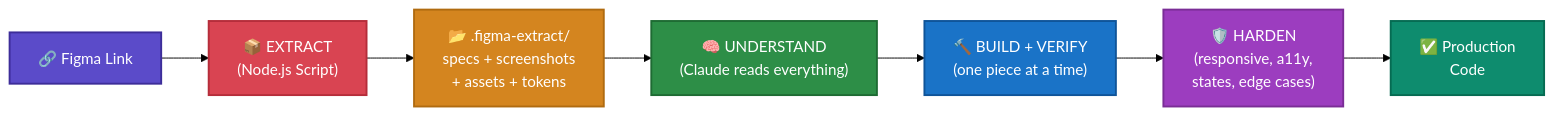
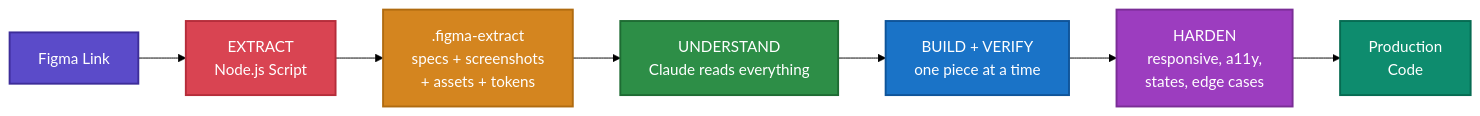
Before and after one commit to bazingga08/figma-to-code: the first of 10 diagrams in README.md, drawn with Mermaid (forest theme). The commit also changed other lines of this file, not shown here.

First line of the commit message:
fix: remove emojis from Mermaid diagrams to fix GitHub 500 error

````diff
--- a/README.md
+++ b/README.md
@@ -29,17 +29,17 @@
 ```mermaid
 flowchart LR
-    A["🔗 Figma Link"] --> B["📦 EXTRACT\n(Node.js Script)"]
-    B --> C["📂 .figma-extract/\nspecs + screenshots\n+ assets + tokens"]
-    C --> D["🧠 UNDERSTAND\n(Claude reads everything)"]
-    D --> E["🔨 BUILD + VERIFY\n(one piece at a time)"]
-    E --> F["🛡️ HARDEN\n(responsive, a11y,\nstates, edge cases)"]
-    F --> G["✅ Production\nCode"]
+    A[Figma Link] --> B[EXTRACT<br/>Node.js Script]
+    B --> C[.figma-extract<br/>specs + screenshots<br/>+ assets + tokens]
+    C --> D[UNDERSTAND<br/>Claude reads everything]
+    D --> E[BUILD + VERIFY<br/>one piece at a time]
+    E --> F[HARDEN<br/>responsive, a11y,<br/>states, edge cases]
+    F --> G[Production<br/>Code]
 
     style A fill:#5B4BC9,color:#ffffff,stroke:#3d2d99,stroke-width:2px
     style B fill:#D94452,color:#ffffff,stroke:#b52d3a,stroke-width:2px
     style C fill:#D4851F,color:#ffffff,stroke:#b06b10,stroke-width:2px
     style D fill:#2D8E47,color:#ffffff,stroke:#1e6b33,stroke-width:2px
     style E fill:#1A73C7,color:#ffffff,stroke:#0f5499,stroke-width:2px
     style F fill:#9C3DBF,color:#ffffff,stroke:#7a2d96,stroke-width:2px
     style G fill:#0E8C6E,color:#ffffff,stroke:#066b52,stroke-width:2px
 ```
````
